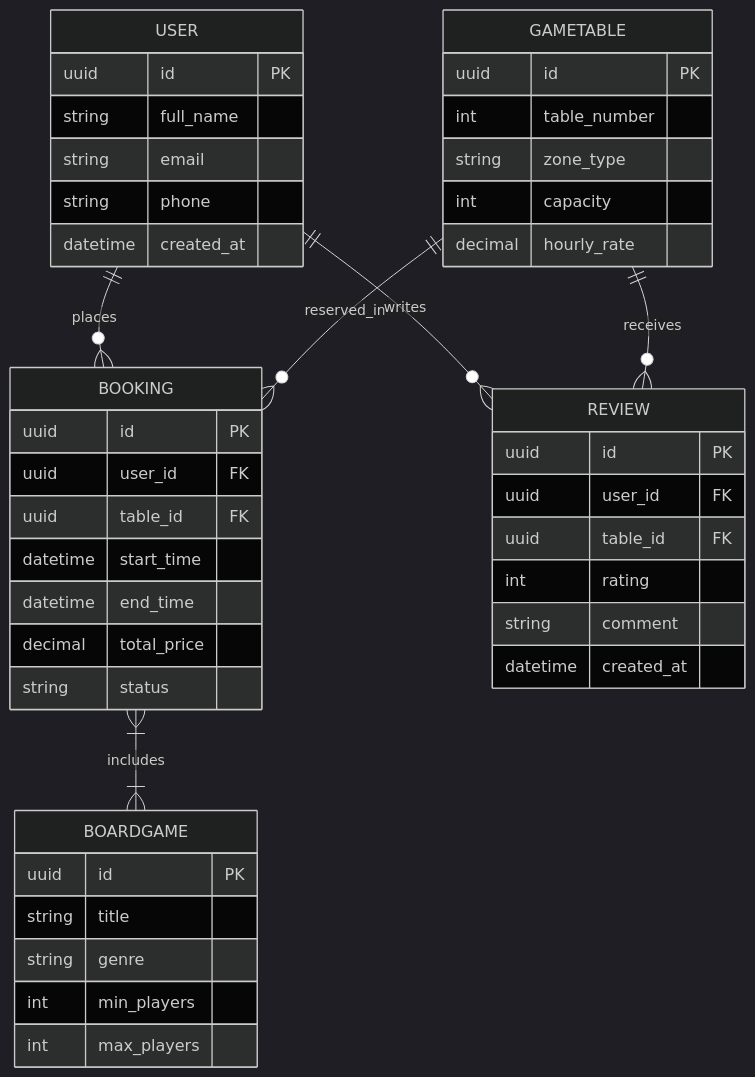
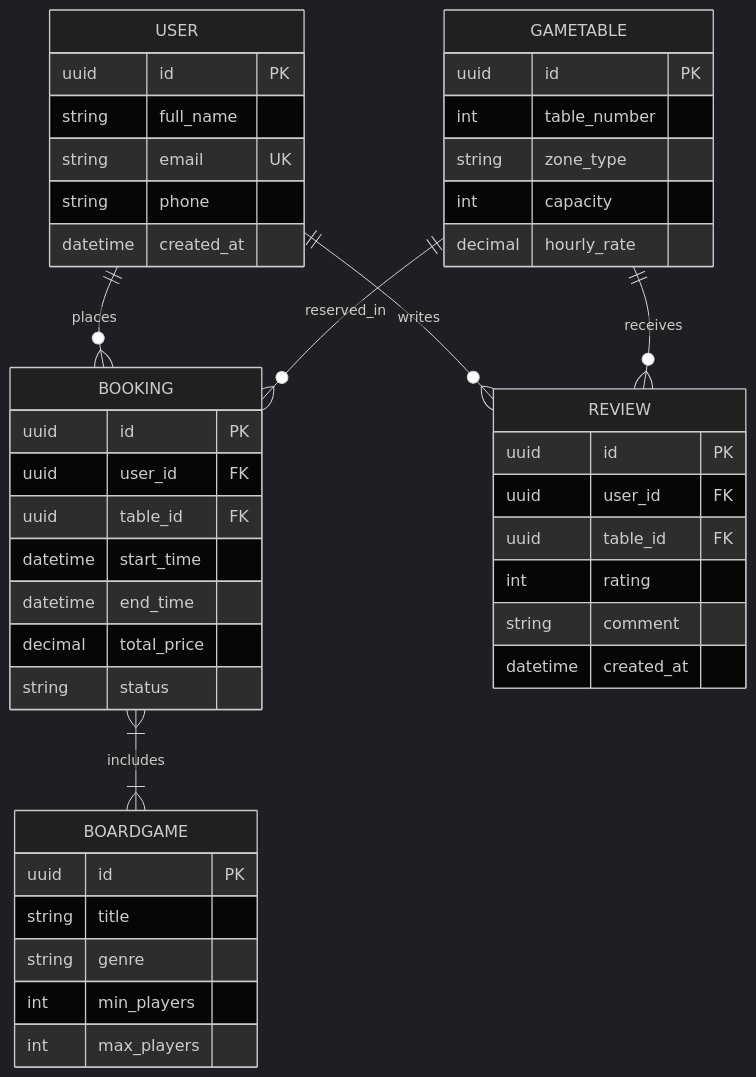
One commit to aooxd/KPIlab1 changed the diagram in er-diagram.mmd. Above: the diagram before and after it, drawn with Mermaid (dark theme). The commit also changed 1 other file, not shown here.

Commit message:
Документація: додано ER-діаграму Mermaid та завершено файл DEFENSE.md

````diff
--- a/er-diagram.mmd
+++ b/er-diagram.mmd
@@ -1,51 +1,51 @@
 ```mermaid
 erDiagram
     USER {
         uuid id PK
         string full_name
-        string email
+        string email UK
         string phone
         datetime created_at
     }
 
     GAMETABLE {
         uuid id PK
         int table_number
         string zone_type
         int capacity
         decimal hourly_rate
     }
 
     BOARDGAME {
         uuid id PK
         string title
         string genre
         int min_players
         int max_players
     }
 
     BOOKING {
         uuid id PK
         uuid user_id FK
         uuid table_id FK
         datetime start_time
         datetime end_time
         decimal total_price
         string status
     }
 
     REVIEW {
         uuid id PK
         uuid user_id FK
         uuid table_id FK
         int rating
         string comment
         datetime created_at
     }
 
     USER ||--o{ BOOKING : "places"
     GAMETABLE ||--o{ BOOKING : "reserved_in"
     BOOKING }|--|{ BOARDGAME : "includes"
     USER ||--o{ REVIEW : "writes"
     GAMETABLE ||--o{ REVIEW : "receives"
 ```
````
